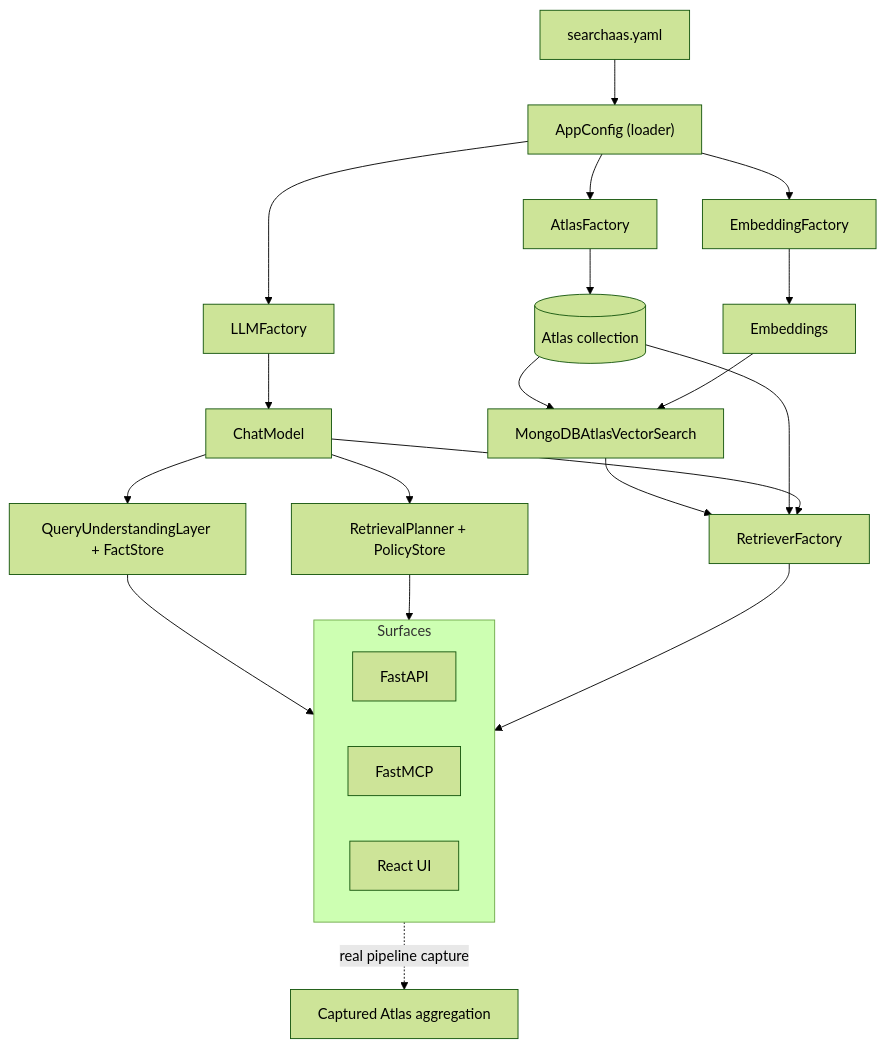
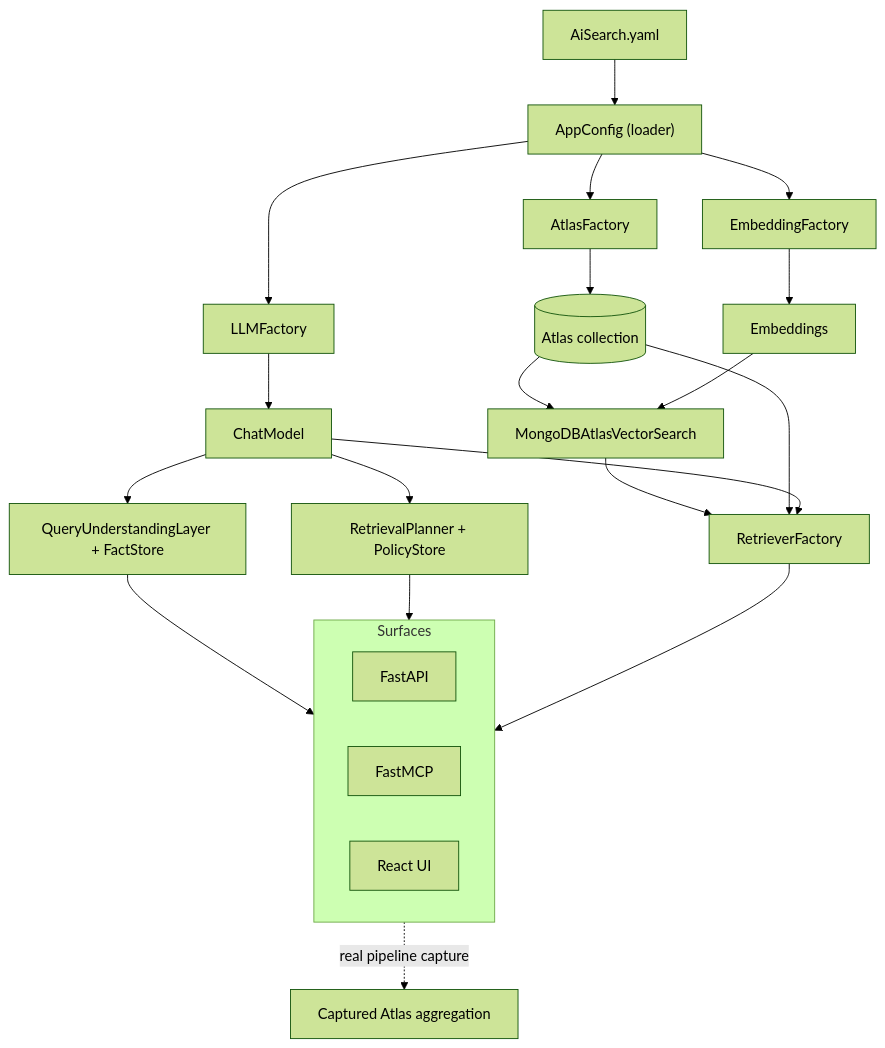
The diagram in README.md (mongodb/mongodb-ai-search), drawn with Mermaid (forest theme) before and after one commit. The commit also changed other lines of this file and 49 other files, not shown here.

````diff
--- a/README.md
+++ b/README.md
@@ -342,32 +342,32 @@
 ```mermaid
 flowchart TD
-    YAML["searchaas.yaml"] --> AppConfig["AppConfig (loader)"]
+    YAML["AiSearch.yaml"] --> AppConfig["AppConfig (loader)"]
     AppConfig --> AtlasFactory["AtlasFactory"]
     AppConfig --> EmbeddingFactory["EmbeddingFactory"]
     AppConfig --> LLMFactory["LLMFactory"]
 
     AtlasFactory --> Collection[("Atlas collection")]
     EmbeddingFactory --> Embeddings["Embeddings"]
     LLMFactory --> ChatModel["ChatModel"]
 
     Collection --> VectorStore["MongoDBAtlasVectorSearch"]
     Embeddings --> VectorStore
 
     ChatModel --> QUL["QueryUnderstandingLayer + FactStore"]
     ChatModel --> Planner["RetrievalPlanner + PolicyStore"]
     VectorStore --> RetrieverFactory["RetrieverFactory"]
     Collection --> RetrieverFactory
     ChatModel --> RetrieverFactory
 
     QUL --> Surfaces
     Planner --> Surfaces
     RetrieverFactory --> Surfaces
 
     subgraph Surfaces["Surfaces"]
         FastAPI["FastAPI"]
         FastMCP["FastMCP"]
         UI["React UI"]
     end
 
     Surfaces -.->|real pipeline capture| Pipeline["Captured Atlas aggregation"]
 ```
````
